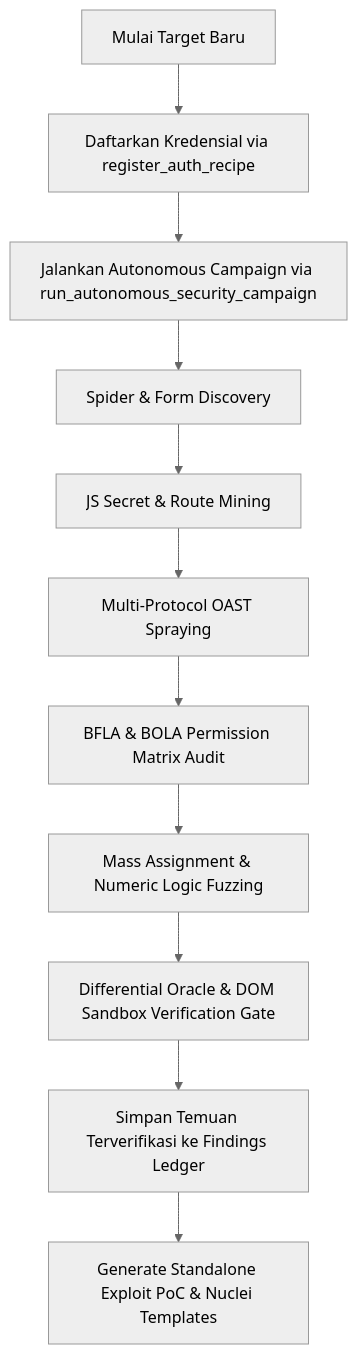
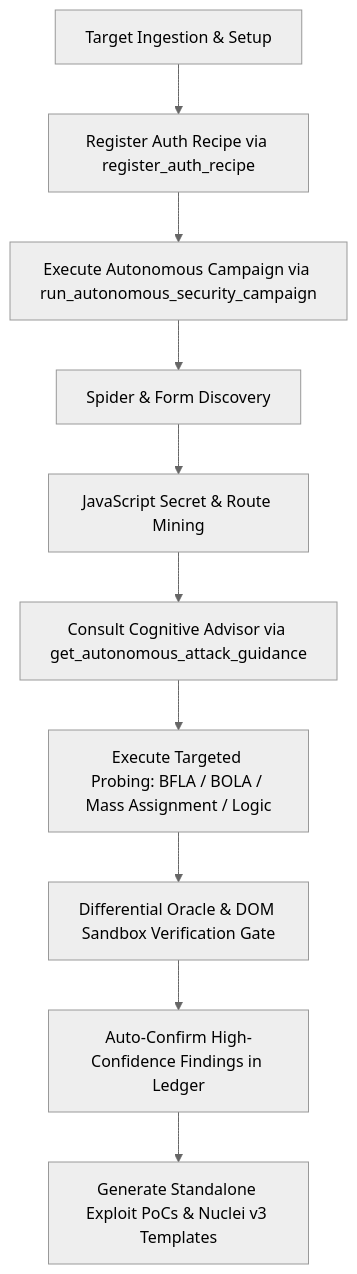
One commit to angganovryanputra/proxsynth changed the diagram in AGENT_INSTRUCTIONS.md. Above: the diagram before and after it, drawn with Mermaid (neutral theme). The commit also changed other lines of this file and 10 other files, not shown here.

````diff
--- a/AGENT_INSTRUCTIONS.md
+++ b/AGENT_INSTRUCTIONS.md
@@ -362,13 +333,12 @@
 ```mermaid
 graph TD
-    A[Mulai Target Baru] --> B[Daftarkan Kredensial via register_auth_recipe]
-    B --> C[Jalankan Autonomous Campaign via run_autonomous_security_campaign]
+    A[Target Ingestion & Setup] --> B[Register Auth Recipe via register_auth_recipe]
+    B --> C[Execute Autonomous Campaign via run_autonomous_security_campaign]
     C --> D[Spider & Form Discovery]
-    D --> E[JS Secret & Route Mining]
-    E --> F[Multi-Protocol OAST Spraying]
-    F --> G[BFLA & BOLA Permission Matrix Audit]
-    G --> H[Mass Assignment & Numeric Logic Fuzzing]
-    H --> I[Differential Oracle & DOM Sandbox Verification Gate]
-    I --> J[Simpan Temuan Terverifikasi ke Findings Ledger]
-    J --> K[Generate Standalone Exploit PoC & Nuclei Templates]
+    D --> E[JavaScript Secret & Route Mining]
+    E --> F[Consult Cognitive Advisor via get_autonomous_attack_guidance]
+    F --> G[Execute Targeted Probing: BFLA / BOLA / Mass Assignment / Logic]
+    G --> H[Differential Oracle & DOM Sandbox Verification Gate]
+    H --> I[Auto-Confirm High-Confidence Findings in Ledger]
+    I --> J[Generate Standalone Exploit PoCs & Nuclei v3 Templates]
 ```
````
